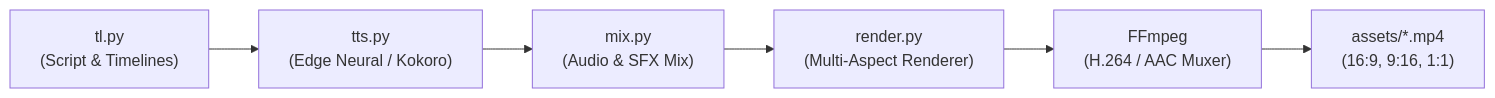
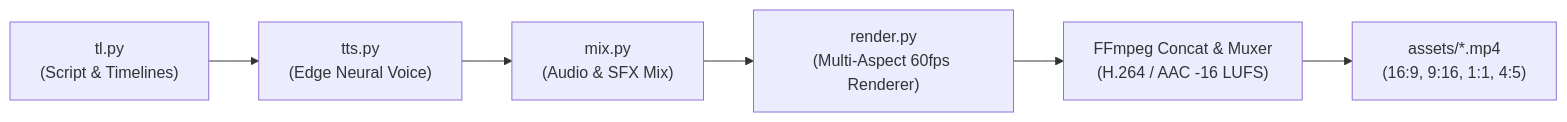
One commit to Shifrozy/ALGENZA-VideoGenerator changed the diagram in README.md. Above: the diagram before and after it, drawn with Mermaid. The commit also changed other lines of this file and 6 other files, not shown here.

````diff
--- a/README.md
+++ b/README.md
@@ -27,8 +40,8 @@
 ```mermaid
 flowchart LR
-    A["tl.py<br/>(Script & Timelines)"] --> B["tts.py<br/>(Edge Neural / Kokoro)"]
+    A["tl.py<br/>(Script & Timelines)"] --> B["tts.py<br/>(Edge Neural Voice)"]
     B --> C["mix.py<br/>(Audio & SFX Mix)"]
-    C --> D["render.py<br/>(Multi-Aspect Renderer)"]
-    D --> E["FFmpeg<br/>(H.264 / AAC Muxer)"]
-    E --> F["assets/*.mp4<br/>(16:9, 9:16, 1:1)"]
+    C --> D["render.py<br/>(Multi-Aspect 60fps Renderer)"]
+    D --> E["FFmpeg Concat & Muxer<br/>(H.264 / AAC -16 LUFS)"]
+    E --> F["assets/*.mp4<br/>(16:9, 9:16, 1:1, 4:5)"]
 ```
````
